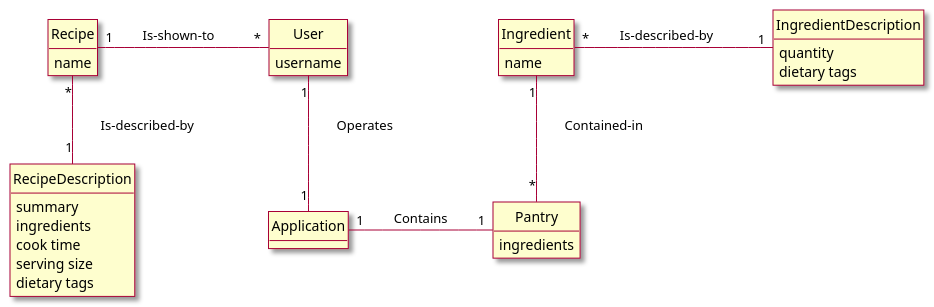
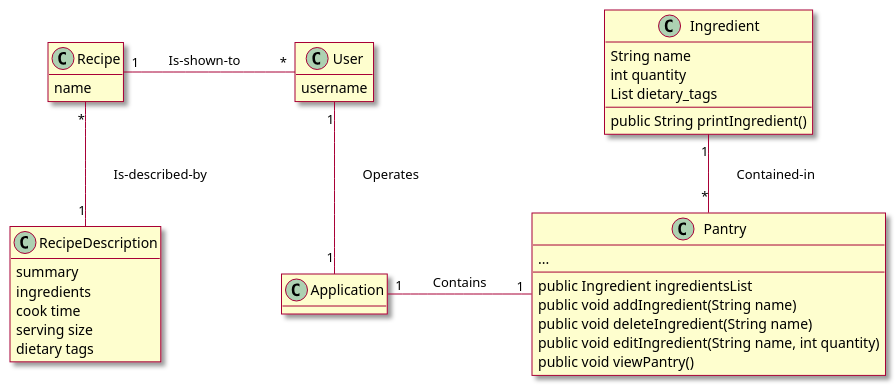
The diagram in intellij/doc/class_diagram.md (berthashipper/Pantry-Pal-Android-Application), drawn with PlantUML before and after one commit. The commit also changed 3 other files, not shown here.

Commit message:
Finish sequence diagrams for manage pantry

````diff
--- a/intellij/doc/class_diagram.md
+++ b/intellij/doc/class_diagram.md
@@ -1,56 +1,60 @@
 ```plantuml
 @startuml
 
 skin rose
 
-hide circle
 hide empty methods
 ' classes
 
 class Pantry{
- ingredients
+ ...
+ --
+ public Ingredient ingredientsList
+ public void addIngredient(String name)
+ public void deleteIngredient(String name)
+ public void editIngredient(String name, int quantity)
+ public void viewPantry()
 }
 
 class Recipe{
  name
 }
 
 class RecipeDescription{
  summary
  ingredients
  cook time
  serving size
  dietary tags
 }
 
 class Ingredient{
- name
+ String name
+ int quantity
+ List dietary_tags
+ __
+ public String printIngredient()
 }
 
-class IngredientDescription{
- quantity
- dietary tags
-}
 
 class Application{
 
 }
 
 class User{
  username
 }
 
 
 ' associations
-User "1" -down- "1" Application : \tOperates\t\t
+ User "1" -down- "1" Application : \tOperates\t\t
 Application "1" -right- "1" Pantry : \tContains\t\t
 Pantry "*" -up- "1" Ingredient : \tContained-in\t\t
 Recipe "*" -down- "1" RecipeDescription : \tIs-described-by\t\t
-Ingredient "*" -right- "1" IngredientDescription : \tIs-described-by\t\t
 User "*" -left- "1" Recipe : \tIs-shown-to\t\t
 
 
 
 
 @enduml
 ```
````
